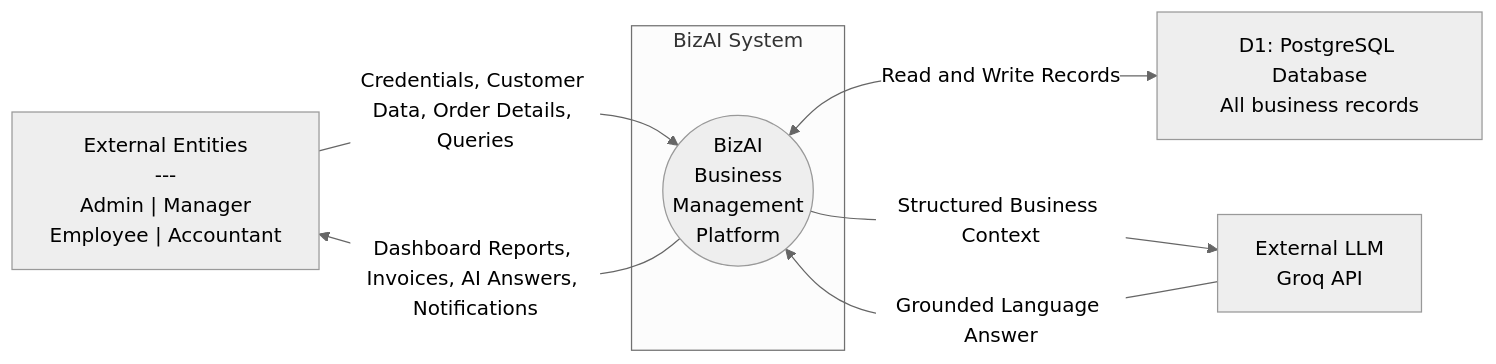
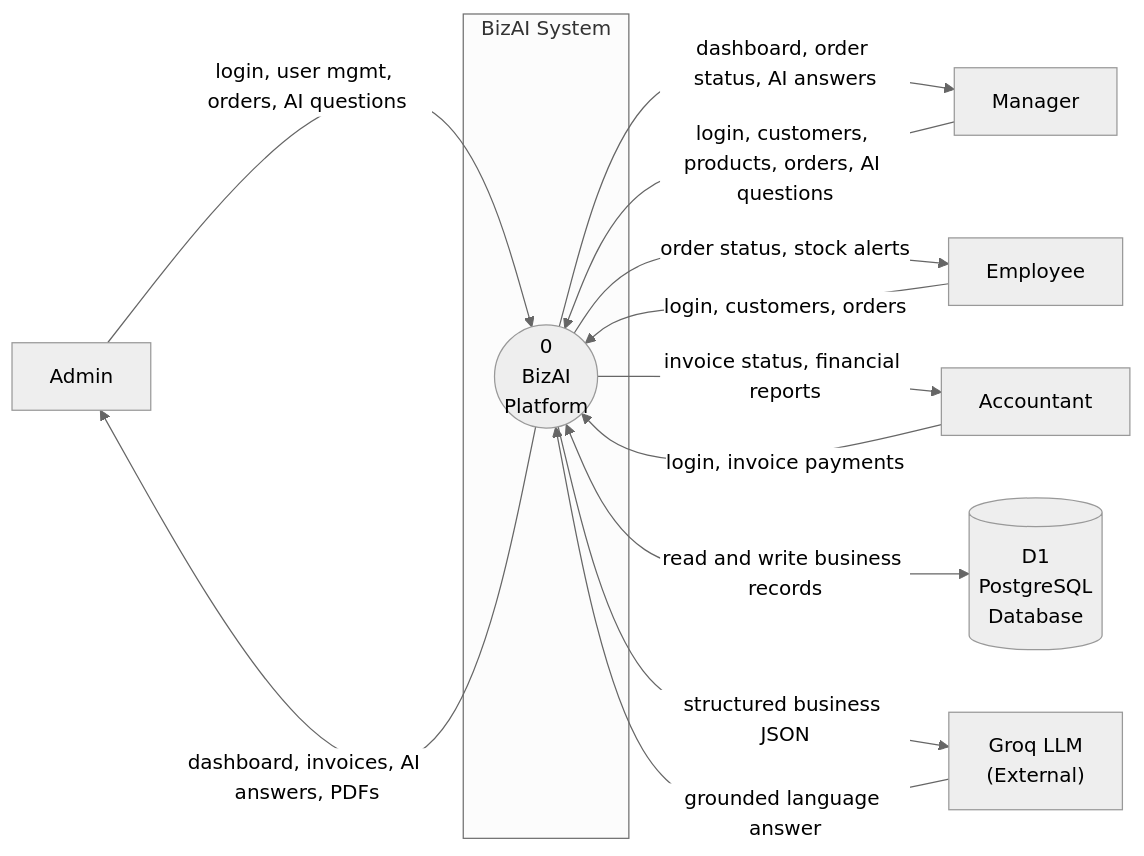
The third of 12 diagrams in docs/design-diagrams/ALL-DIAGRAMS.md (hyperS777/BizAI), drawn with Mermaid (neutral theme) before and after one commit. The commit also changed other lines of this file and 22 other files, not shown here.

Commit message:
feat: add backend report service and system design diagrams

````diff
--- a/docs/design-diagrams/ALL-DIAGRAMS.md
+++ b/docs/design-diagrams/ALL-DIAGRAMS.md
@@ -96,17 +120,28 @@
 ```mermaid
 flowchart LR
-    Users["External Entities\n---\nAdmin | Manager\nEmployee | Accountant"]
+    A1["Admin"]
+    A2["Manager"]
+    A3["Employee"]
+    A4["Accountant"]
+    GROQ["Groq LLM\n(External)"]
 
-    subgraph BizAI_System["BizAI System"]
-        Process(("BizAI\nBusiness\nManagement\nPlatform"))
+    subgraph SYS["BizAI System"]
+        P(("0\nBizAI\nPlatform"))
     end
 
-    DB_Store["D1: PostgreSQL Database\nAll business records"]
-    LLM_Ext["External LLM\nGroq API"]
+    DB[("D1\nPostgreSQL\nDatabase")]
 
-    Users -->|"Credentials, Customer Data, Order Details, Queries"| Process
-    Process -->|"Dashboard Reports, Invoices, AI Answers, Notifications"| Users
-    Process <-->|"Read and Write Records"| DB_Store
-    Process -->|"Structured Business Context"| LLM_Ext
-    LLM_Ext -->|"Grounded Language Answer"| Process
+    A1 -->|"login, user mgmt, orders, AI questions"| P
+    A2 -->|"login, customers, products, orders, AI questions"| P
+    A3 -->|"login, customers, orders"| P
+    A4 -->|"login, invoice payments"| P
+
+    P -->|"dashboard, invoices, AI answers, PDFs"| A1
+    P -->|"dashboard, order status, AI answers"| A2
+    P -->|"order status, stock alerts"| A3
+    P -->|"invoice status, financial reports"| A4
+
+    P <-->|"read and write business records"| DB
+    P -->|"structured business JSON"| GROQ
+    GROQ -->|"grounded language answer"| P
 ```
````
